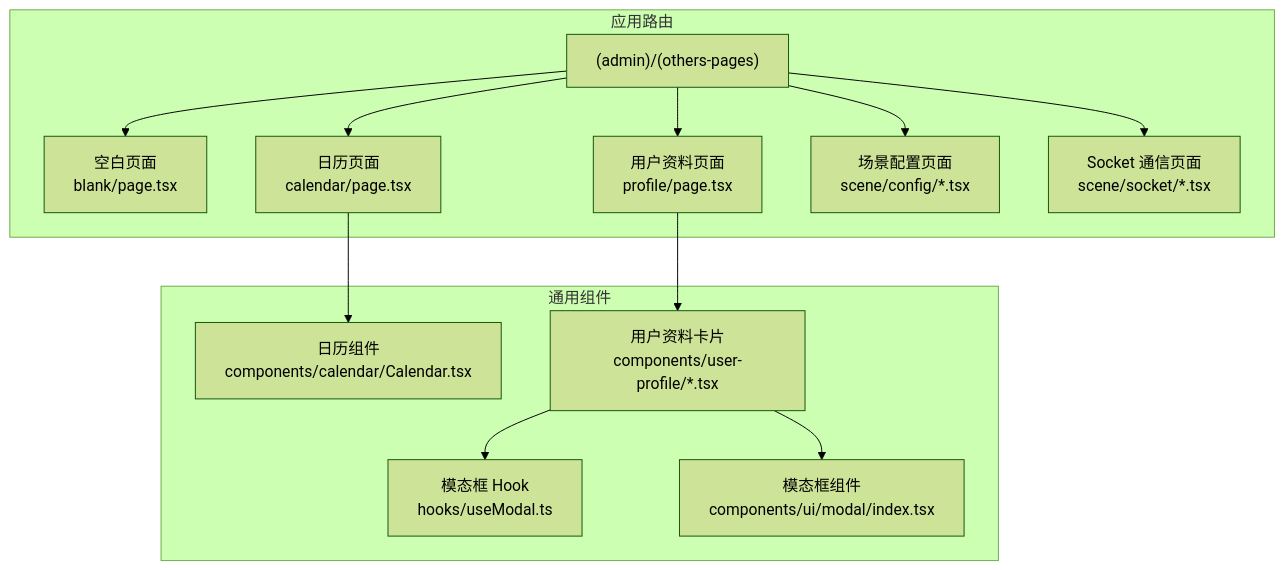
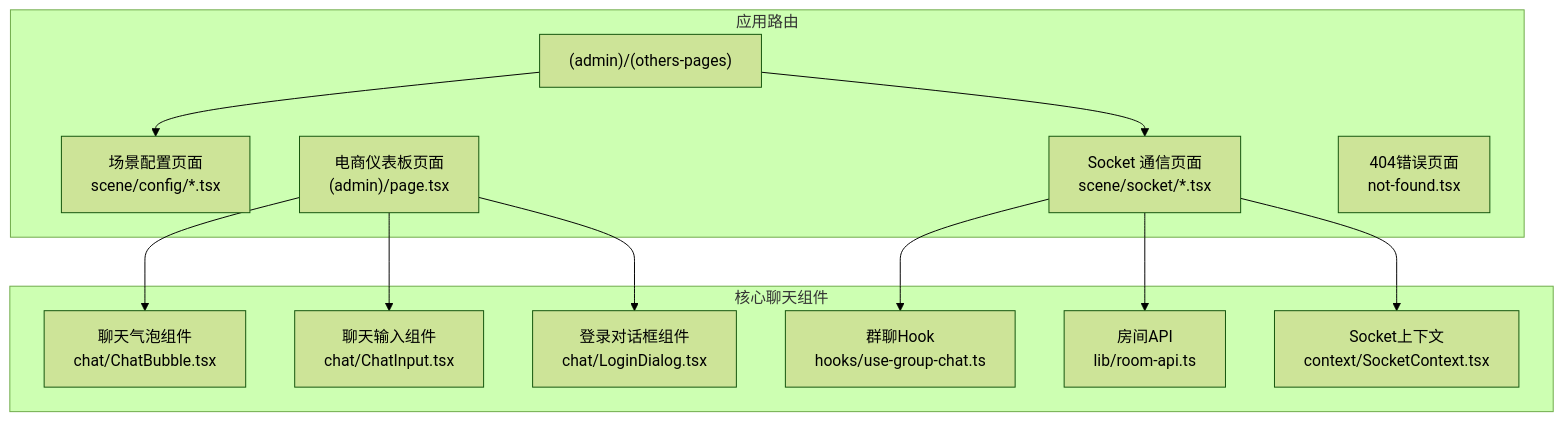
One commit to HAOFUYANG/nextjs-admin changed the first of 4 diagrams in .qoder/repowiki/zh/content/页面路由系统/页面类型组织结构/特殊功能页面.md. Above: the diagram before and after it, drawn with Mermaid (forest theme). The commit also changed other lines of this file and 36 other files, not shown here.

````diff
--- a/.qoder/repowiki/zh/content/页面路由系统/页面类型组织结构/特殊功能页面.md
+++ b/.qoder/repowiki/zh/content/页面路由系统/页面类型组织结构/特殊功能页面.md
@@ -41,26 +52,26 @@
 ```mermaid
 graph TB
 subgraph "应用路由"
 A["(admin)/(others-pages)"]
-B["空白页面<br/>blank/page.tsx"]
-C["日历页面<br/>calendar/page.tsx"]
-D["用户资料页面<br/>profile/page.tsx"]
-E["场景配置页面<br/>scene/config/*.tsx"]
-F["Socket 通信页面<br/>scene/socket/*.tsx"]
+B["场景配置页面<br/>scene/config/*.tsx"]
+C["Socket 通信页面<br/>scene/socket/*.tsx"]
+D["电商仪表板页面<br/>(admin)/page.tsx"]
+E["404错误页面<br/>not-found.tsx"]
 end
-subgraph "通用组件"
-G["日历组件<br/>components/calendar/Calendar.tsx"]
-H["用户资料卡片<br/>components/user-profile/*.tsx"]
-I["模态框 Hook<br/>hooks/useModal.ts"]
-J["模态框组件<br/>components/ui/modal/index.tsx"]
+subgraph "核心聊天组件"
+F["聊天气泡组件<br/>chat/ChatBubble.tsx"]
+G["聊天输入组件<br/>chat/ChatInput.tsx"]
+H["登录对话框组件<br/>chat/LoginDialog.tsx"]
+I["群聊Hook<br/>hooks/use-group-chat.ts"]
+J["房间API<br/>lib/room-api.ts"]
+K["Socket上下文<br/>context/SocketContext.tsx"]
 end
 A --> B
 A --> C
-A --> D
-A --> E
-A --> F
-C --> G
+D --> F
+D --> G
 D --> H
-H --> I
-H --> J
+C --> I
+C --> J
+C --> K
 ```
````
